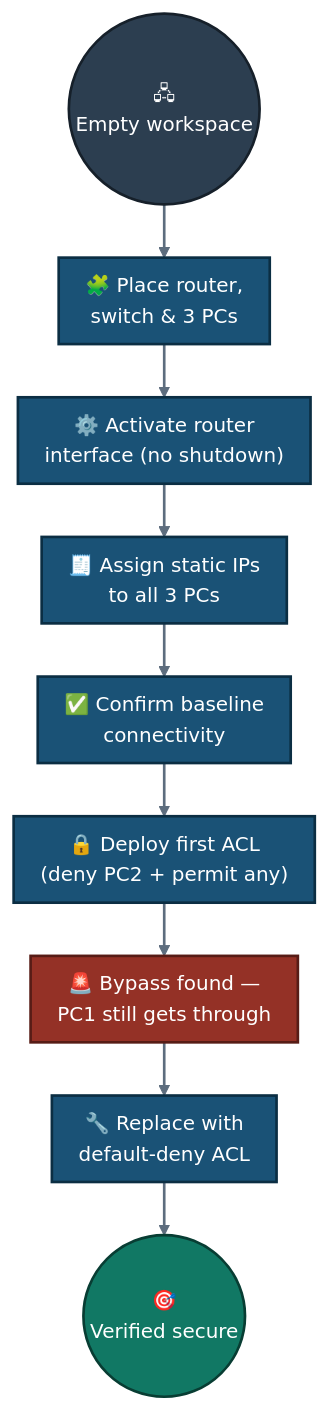
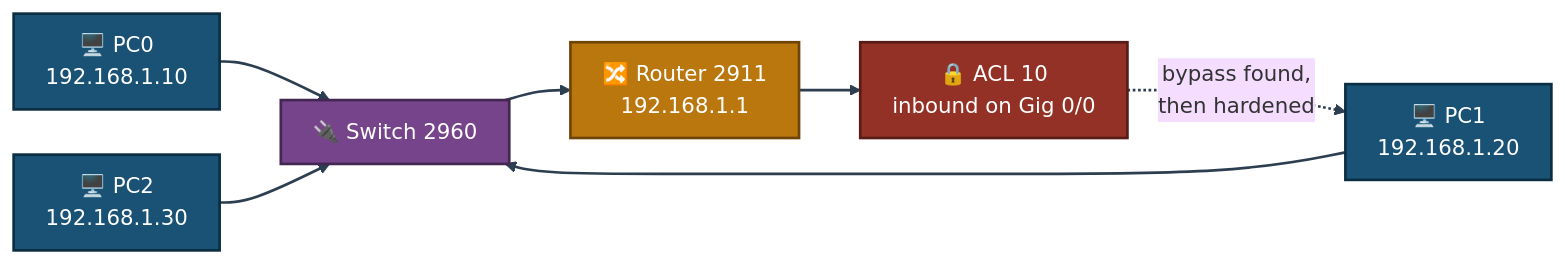
The first of 2 diagrams in 1-Foundational-Projects/project-02-cisco-infrastructure-secure-routing/README.md (malaika-azhar/Cybersecurity-Lab-Projects), drawn with Mermaid before and after one commit. The commit also changed other lines of this file, not shown here.

````diff
--- a/1-Foundational-Projects/project-02-cisco-infrastructure-secure-routing/README.md
+++ b/1-Foundational-Projects/project-02-cisco-infrastructure-secure-routing/README.md
@@ -116,19 +116,15 @@
 ```mermaid
-%%{init: {'theme': 'base', 'themeVariables': {'fontSize': '15px'}, 'flowchart': {'nodeSpacing': 24, 'rankSpacing': 40, 'padding': 10}}}%%
-flowchart TB
-    START(("🖧<br/>Empty workspace")):::top
-    START --> TOPO["🧩 Place router,<br/>switch & 3 PCs"]:::step
-    TOPO --> IFACE["⚙️ Activate router<br/>interface (no shutdown)"]:::step
-    IFACE --> IPS["🧾 Assign static IPs<br/>to all 3 PCs"]:::step
-    IPS --> BASE["✅ Confirm baseline<br/>connectivity"]:::step
-    BASE --> ACL1["🔒 Deploy first ACL<br/>(deny PC2 + permit any)"]:::step
-    ACL1 --> BYPASS["🚨 Bypass found —<br/>PC1 still gets through"]:::alert
-    BYPASS --> ACL2["🔧 Replace with<br/>default-deny ACL"]:::step
-    ACL2 --> ROOT(("🎯<br/>Verified secure")):::bottom
-
-    classDef top fill:#2C3E50,stroke:#16202A,stroke-width:2px,color:#FFFFFF
-    classDef step fill:#1A5276,stroke:#0B2E43,stroke-width:2px,color:#FFFFFF
-    classDef alert fill:#943126,stroke:#571C16,stroke-width:2px,color:#FFFFFF
-    classDef bottom fill:#117864,stroke:#083D33,stroke-width:2px,color:#FFFFFF
-    linkStyle default stroke:#5D6D7E,stroke-width:2px
+%%{init: {'theme': 'base', 'themeVariables': {'fontSize': '16px'}, 'flowchart': {'nodeSpacing': 34, 'rankSpacing': 46, 'padding': 12}}}%%
+flowchart LR
+    PC0["🖥️ PC0<br/>192.168.1.10"]:::pc --> SW["🔌 Switch 2960"]:::sw
+    PC1["🖥️ PC1<br/>192.168.1.20"]:::pc --> SW
+    PC2["🖥️ PC2<br/>192.168.1.30"]:::pc --> SW
+    SW --> RT["🔀 Router 2911<br/>192.168.1.1"]:::rt
+    RT --> ACL["🔒 ACL 10<br/>inbound on Gig 0/0"]:::acl
+    ACL -.->|"bypass found,<br/>then hardened"| PC1
+    classDef pc fill:#1A5276,stroke:#0B2E43,stroke-width:2px,color:#FFFFFF
+    classDef sw fill:#76448A,stroke:#432752,stroke-width:2px,color:#FFFFFF
+    classDef rt fill:#B9770E,stroke:#6E4409,stroke-width:2px,color:#FFFFFF
+    classDef acl fill:#943126,stroke:#571C16,stroke-width:2px,color:#FFFFFF
+    linkStyle default stroke:#2C3E50,stroke-width:2px
 ```
````
